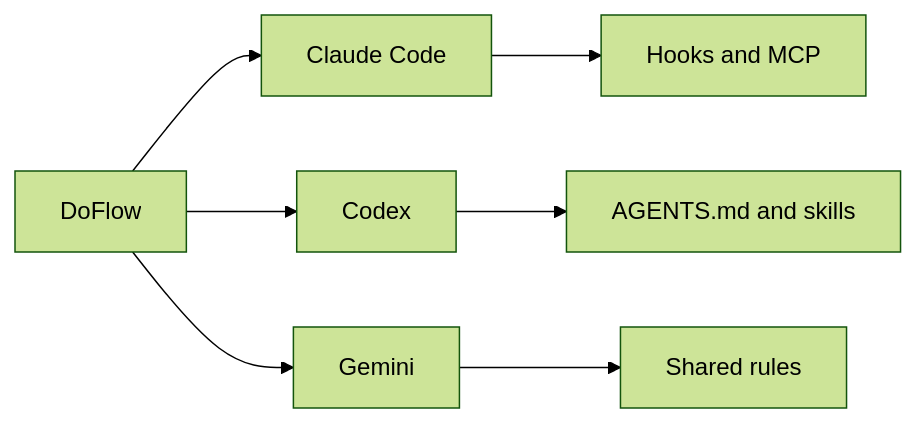
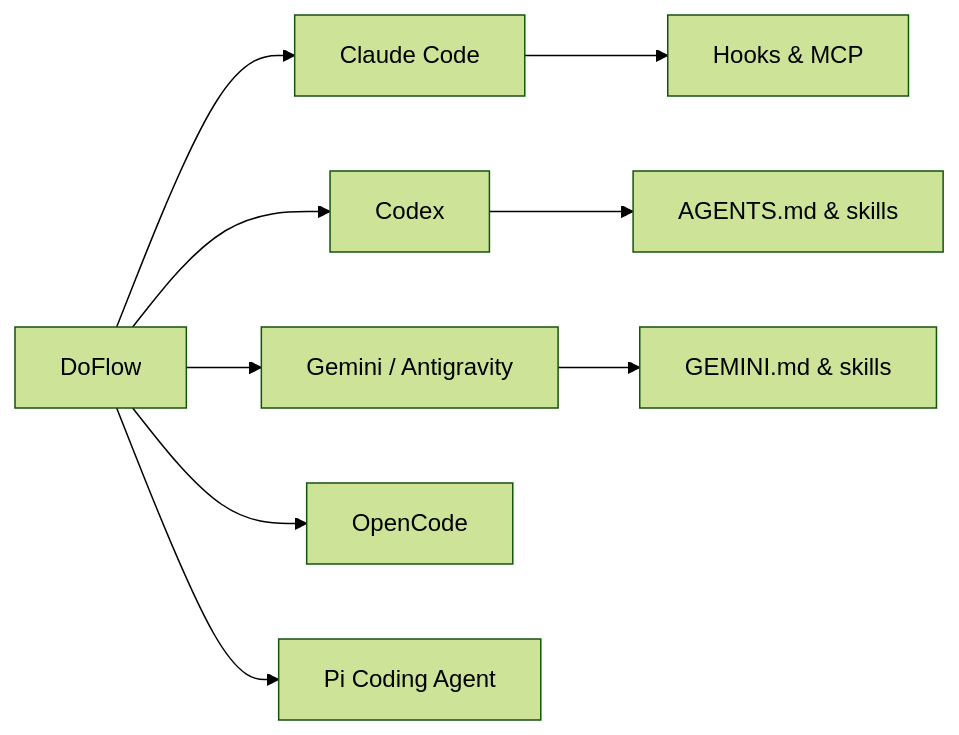
Before and after one commit to khoavu882/do-flow: the diagram in docs/index.md, drawn with Mermaid (forest theme).

Commit message:
docs: update index diagram with multi-harness architecture

````diff
--- a/docs/index.md
+++ b/docs/index.md
@@ -6,9 +6,11 @@
 ```mermaid
 flowchart LR
     D[DoFlow] --> C[Claude Code]
     D --> X[Codex]
-    D --> G[Gemini]
-    C --> H[Hooks and MCP]
-    X --> S[AGENTS.md and skills]
-    G --> R[Shared rules]
+    D --> G[Gemini / Antigravity]
+    D --> O[OpenCode]
+    D --> P[Pi Coding Agent]
+    C --> H[Hooks & MCP]
+    X --> S[AGENTS.md & skills]
+    G --> R[GEMINI.md & skills]
 ```
````
